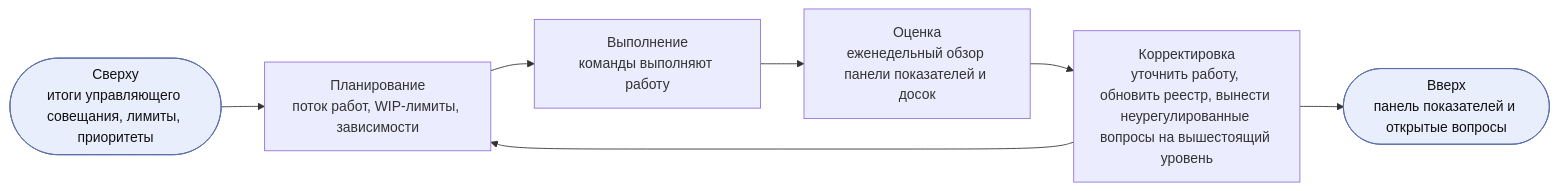
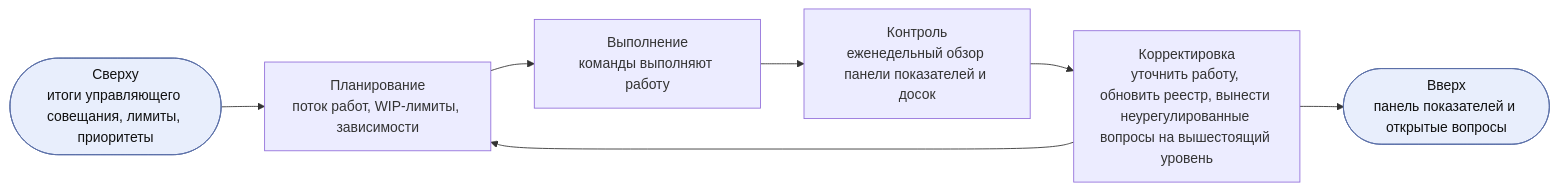
The fifth of 8 diagrams in charter/ru/documents/operating-model.md (devhogu/ob-aicc), drawn with Mermaid before and after one commit. The commit also changed other lines of this file and 249 other files, not shown here.

````diff
--- a/charter/ru/documents/operating-model.md
+++ b/charter/ru/documents/operating-model.md
@@ -224,7 +224,7 @@
 ```mermaid
 flowchart LR
   IN(["Сверху<br/>итоги управляющего совещания, лимиты, приоритеты"]):::iface --> P
-  P["Планирование<br/>поток работ, WIP-лимиты, зависимости"] --> D["Выполнение<br/>команды выполняют работу"] --> C["Оценка<br/>еженедельный обзор панели показателей и досок"] --> A["Корректировка<br/>уточнить работу, обновить реестр, вынести неурегулированные вопросы на вышестоящий уровень"] --> P
+  P["Планирование<br/>поток работ, WIP-лимиты, зависимости"] --> D["Выполнение<br/>команды выполняют работу"] --> C["Контроль<br/>еженедельный обзор панели показателей и досок"] --> A["Корректировка<br/>уточнить работу, обновить реестр, вынести неурегулированные вопросы на вышестоящий уровень"] --> P
   A --> UP(["Вверх<br/>панель показателей и открытые вопросы"]):::iface
   classDef iface fill:#e8eefc,stroke:#5a6fa8,color:#111
 ```
````
